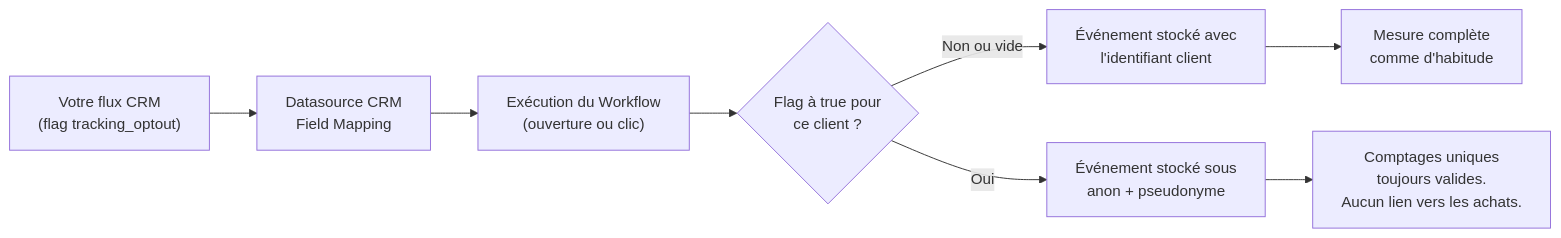
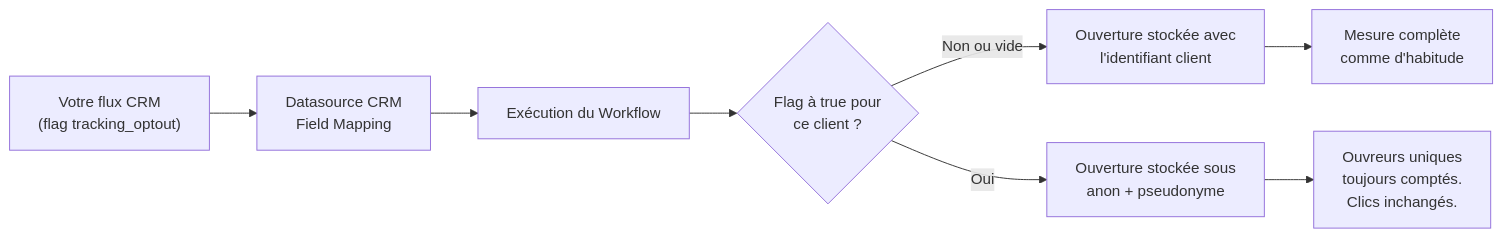
One commit to reelevant-tech/product-documentation changed the diagram in fr/advanced-guide/datahub/tracking-opt-out.mdx. Above: the diagram before and after it, drawn with Mermaid. The commit also changed other lines of this file and 5 other files, not shown here.

````diff
--- a/fr/advanced-guide/datahub/tracking-opt-out.mdx
+++ b/fr/advanced-guide/datahub/tracking-opt-out.mdx
@@ -19,10 +19,10 @@
 ```mermaid
 flowchart LR
     CRM["Votre flux CRM<br/>(flag tracking_optout)"] --> DS["Datasource CRM<br/>Field Mapping"]
-    DS --> WF["Exécution du Workflow<br/>(ouverture ou clic)"]
+    DS --> WF["Exécution du Workflow"]
     WF --> DEC{"Flag à true pour<br/>ce client ?"}
-    DEC -->|"Non ou vide"| RAW["Événement stocké avec<br/>l'identifiant client"]
-    DEC -->|"Oui"| ANON["Événement stocké sous<br/>anon + pseudonyme"]
-    ANON --> STATS["Comptages uniques<br/>toujours valides.<br/>Aucun lien vers les achats."]
+    DEC -->|"Non ou vide"| RAW["Ouverture stockée avec<br/>l'identifiant client"]
+    DEC -->|"Oui"| ANON["Ouverture stockée sous<br/>anon + pseudonyme"]
+    ANON --> STATS["Ouvreurs uniques<br/>toujours comptés.<br/>Clics inchangés."]
     RAW --> STATS2["Mesure complète<br/>comme d'habitude"]
 ```
````
